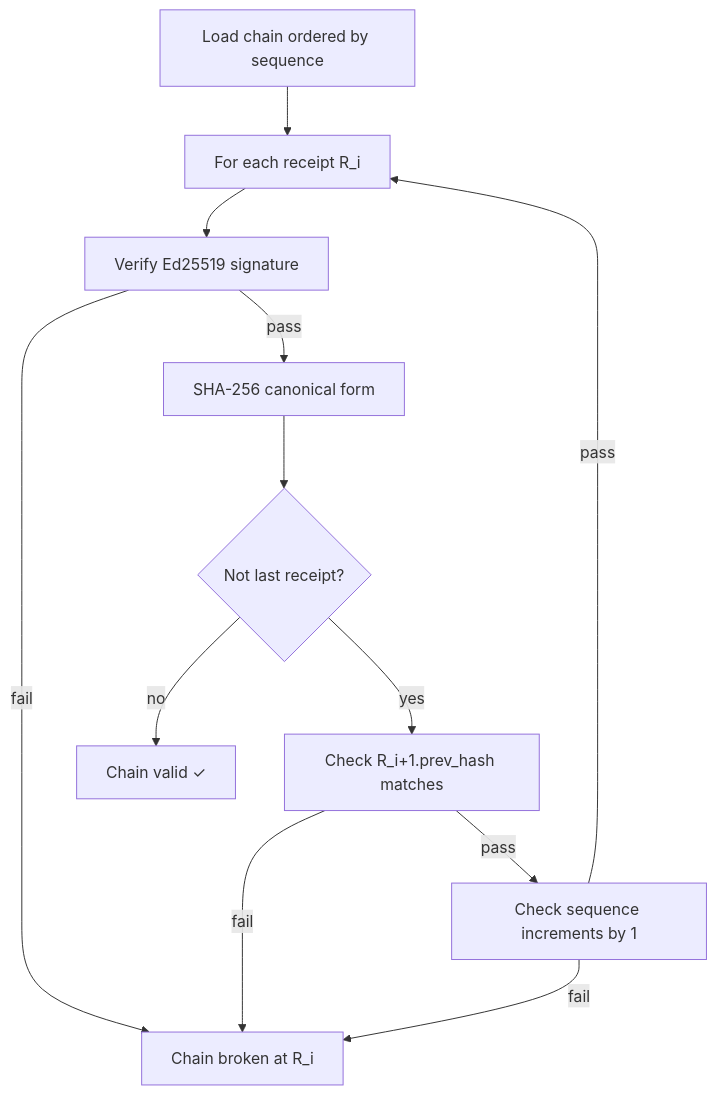
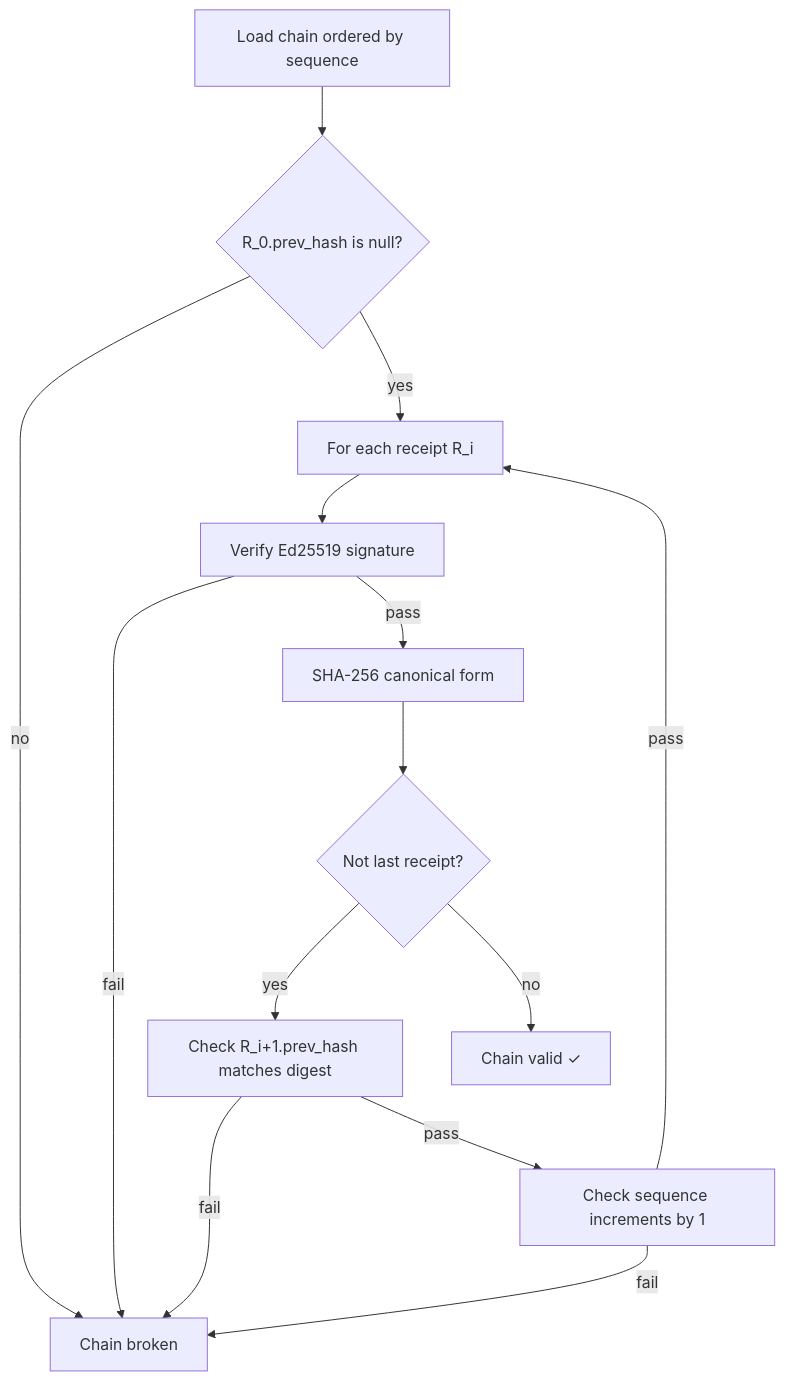
Before and after one commit to agent-receipts/ar: the diagram in site/src/content/docs/specification/receipt-chain-verification.mdx, drawn with Mermaid. The commit also changed 1 other file, not shown here.

Commit message:
docs(site): fix diagram issues per Copilot review on PR #398
receipt-chain-verification.mdx:
- Gap 3.1 flowchart: add R_0 pre-check (prev_hash must be null) before
  the per-receipt loop, matching step 4 of the prose algorithm

how-it-works.mdx:
- Gap 2.1 sequence: label input/output as received-over-socket but
  only hashed by daemon (add inline note: hash → parameters_hash /
  response_hash, plaintext not stored)
- Gap 2.1 sequence: SHA-256 step label clarified — 'SHA-256 of this
  receipt → next receipt's prev_hash' removes the prev_hash ambiguity

````diff
--- a/site/src/content/docs/specification/receipt-chain-verification.mdx
+++ b/site/src/content/docs/specification/receipt-chain-verification.mdx
@@ -49,14 +49,16 @@
 ```mermaid
 flowchart TD
-  A[Load chain ordered by sequence] --> B[For each receipt R_i]
+  A[Load chain ordered by sequence] --> A2{R_0.prev_hash is null?}
+  A2 -->|no| Z[Chain broken]
+  A2 -->|yes| B[For each receipt R_i]
   B --> C[Verify Ed25519 signature]
-  C -->|fail| Z[Chain broken at R_i]
+  C -->|fail| Z
   C -->|pass| D[SHA-256 canonical form]
   D --> E{Not last receipt?}
-  E -->|yes| F[Check R_i+1.prev_hash matches]
+  E -->|yes| F[Check R_i+1.prev_hash matches digest]
   F -->|fail| Z
   F -->|pass| G[Check sequence increments by 1]
   G -->|fail| Z
   G -->|pass| B
   E -->|no| H[Chain valid ✓]
 ```
````
